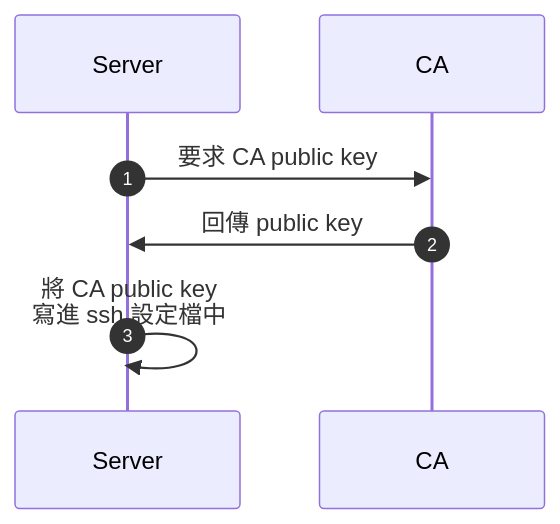
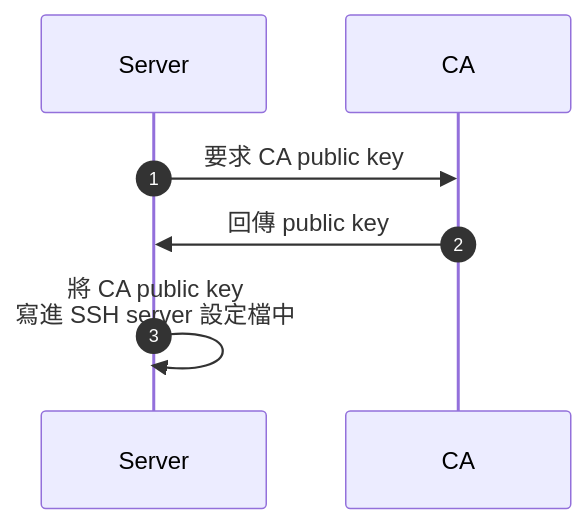
One commit to bingyangchen/KM-software changed the fifth of 7 diagrams in Network/SSH 基本概念.md. Above: the diagram before and after it, drawn with Mermaid. The commit also changed other lines of this file and 58 other files, not shown here.

````diff
--- a/Network/SSH 基本概念.md
+++ b/Network/SSH 基本概念.md
@@ -131,7 +133,7 @@
     ```mermaid
     sequenceDiagram
         autonumber
         Server->>CA: 要求 CA public key
         CA->>Server: 回傳 public key
-        Server->>Server: 將 CA public key<br/>寫進 ssh 設定檔中
+        Server->>Server: 將 CA public key<br/>寫進 SSH server 設定檔中
     ```
````
